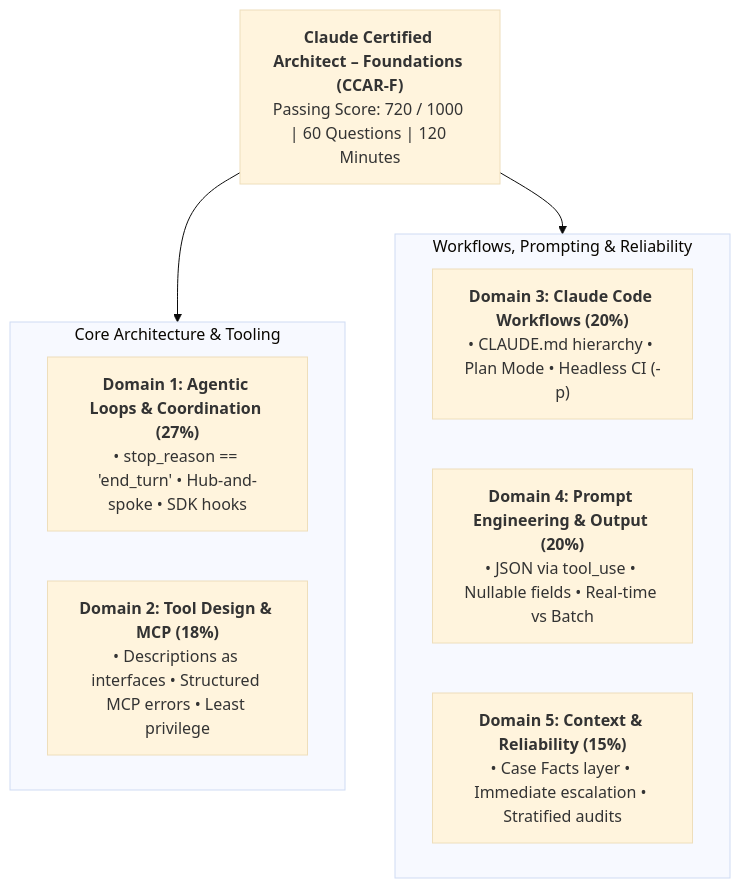
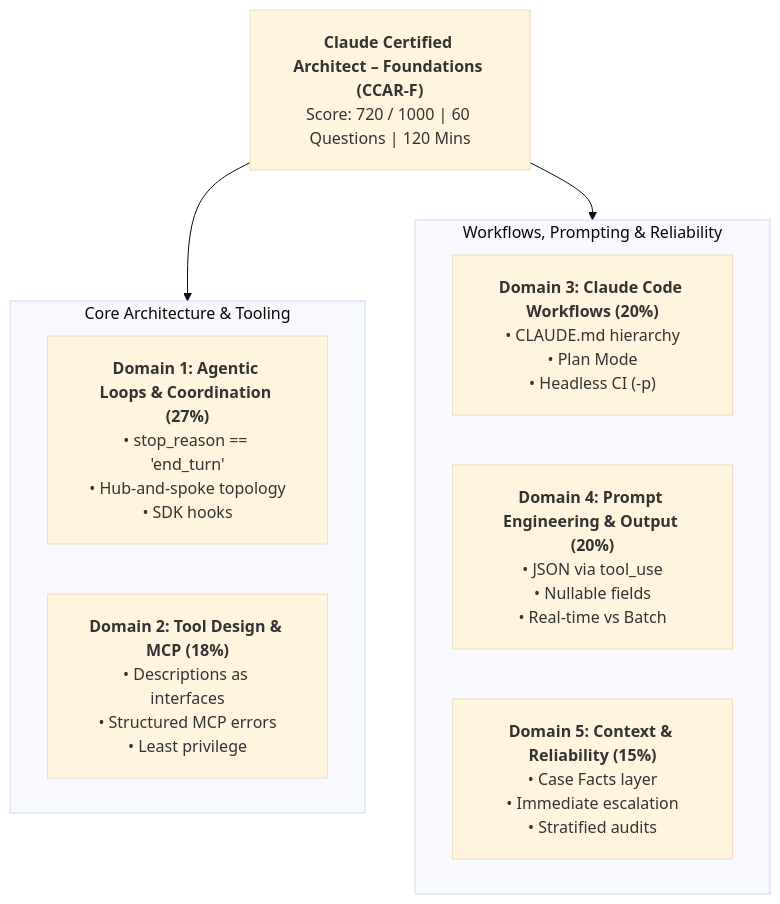
One commit to dip4k/claude_cert_architect_foundation_prep changed the diagram in README.md. Above: the diagram before and after it, drawn with Mermaid (base theme). The commit also changed 31 other files, not shown here.

First line of the commit message:
docs(diagrams): fix text trimming, padding, and layout in all mermaid diagrams

````diff
--- a/README.md
+++ b/README.md
@@ -50,18 +50,19 @@
 ```mermaid
+%%{init: {"flowchart": {"htmlLabels": true, "padding": 20}}}%%
 flowchart TD
-    CCAR["<b>Claude Certified Architect – Foundations (CCAR-F)</b><br/>Passing Score: 720 / 1000 | 60 Questions | 120 Minutes"]
+    CCAR["<b>Claude Certified Architect – Foundations (CCAR-F)</b><br/>Score: 720 / 1000 | 60 Questions | 120 Mins"]
     
     subgraph Core["Core Architecture & Tooling"]
-        D1["<b>Domain 1: Agentic Loops & Coordination (27%)</b><br/>• stop_reason == 'end_turn' • Hub-and-spoke • SDK hooks"]
-        D2["<b>Domain 2: Tool Design & MCP (18%)</b><br/>• Descriptions as interfaces • Structured MCP errors • Least privilege"]
+        D1["<b>Domain 1: Agentic Loops & Coordination (27%)</b><br/>• stop_reason == 'end_turn'<br/>• Hub-and-spoke topology<br/>• SDK hooks"]
+        D2["<b>Domain 2: Tool Design & MCP (18%)</b><br/>• Descriptions as interfaces<br/>• Structured MCP errors<br/>• Least privilege"]
     end
     
     subgraph Workflows["Workflows, Prompting & Reliability"]
-        D3["<b>Domain 3: Claude Code Workflows (20%)</b><br/>• CLAUDE.md hierarchy • Plan Mode • Headless CI (-p)"]
-        D4["<b>Domain 4: Prompt Engineering & Output (20%)</b><br/>• JSON via tool_use • Nullable fields • Real-time vs Batch"]
-        D5["<b>Domain 5: Context & Reliability (15%)</b><br/>• Case Facts layer • Immediate escalation • Stratified audits"]
+        D3["<b>Domain 3: Claude Code Workflows (20%)</b><br/>• CLAUDE.md hierarchy<br/>• Plan Mode<br/>• Headless CI (-p)"]
+        D4["<b>Domain 4: Prompt Engineering & Output (20%)</b><br/>• JSON via tool_use<br/>• Nullable fields<br/>• Real-time vs Batch"]
+        D5["<b>Domain 5: Context & Reliability (15%)</b><br/>• Case Facts layer<br/>• Immediate escalation<br/>• Stratified audits"]
     end
 
     CCAR --> Core
     CCAR --> Workflows
 ```
````
